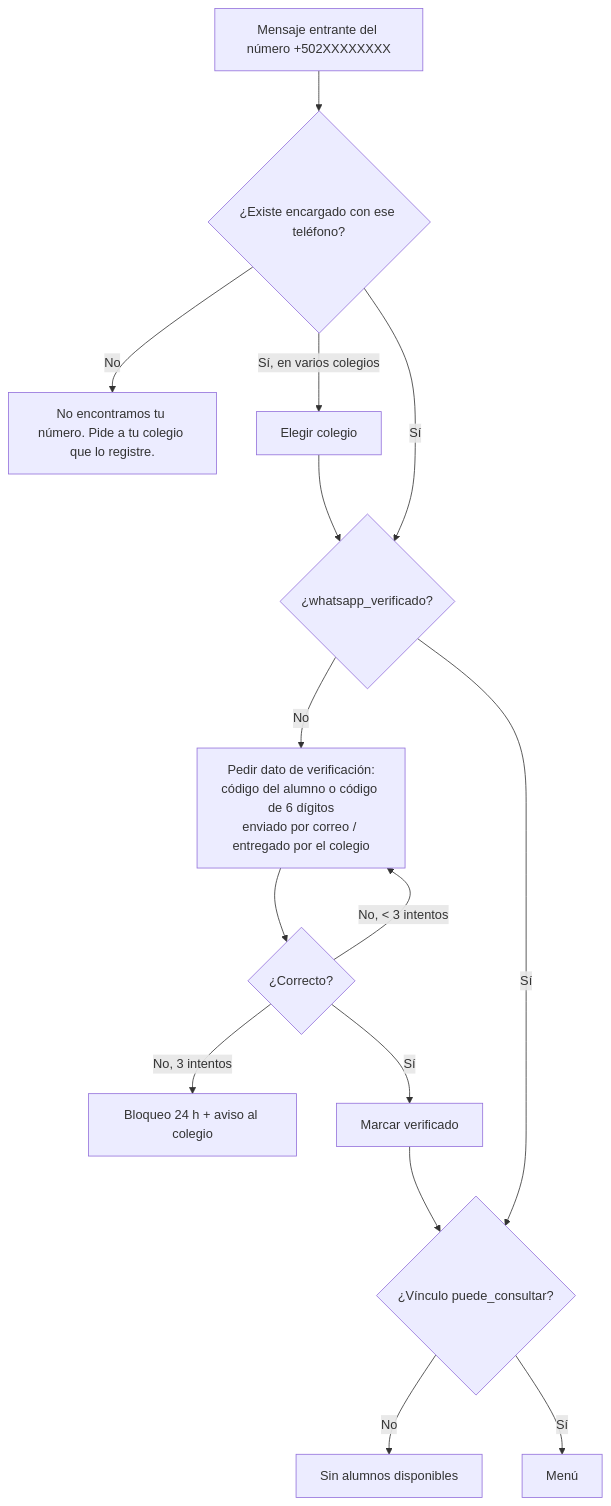
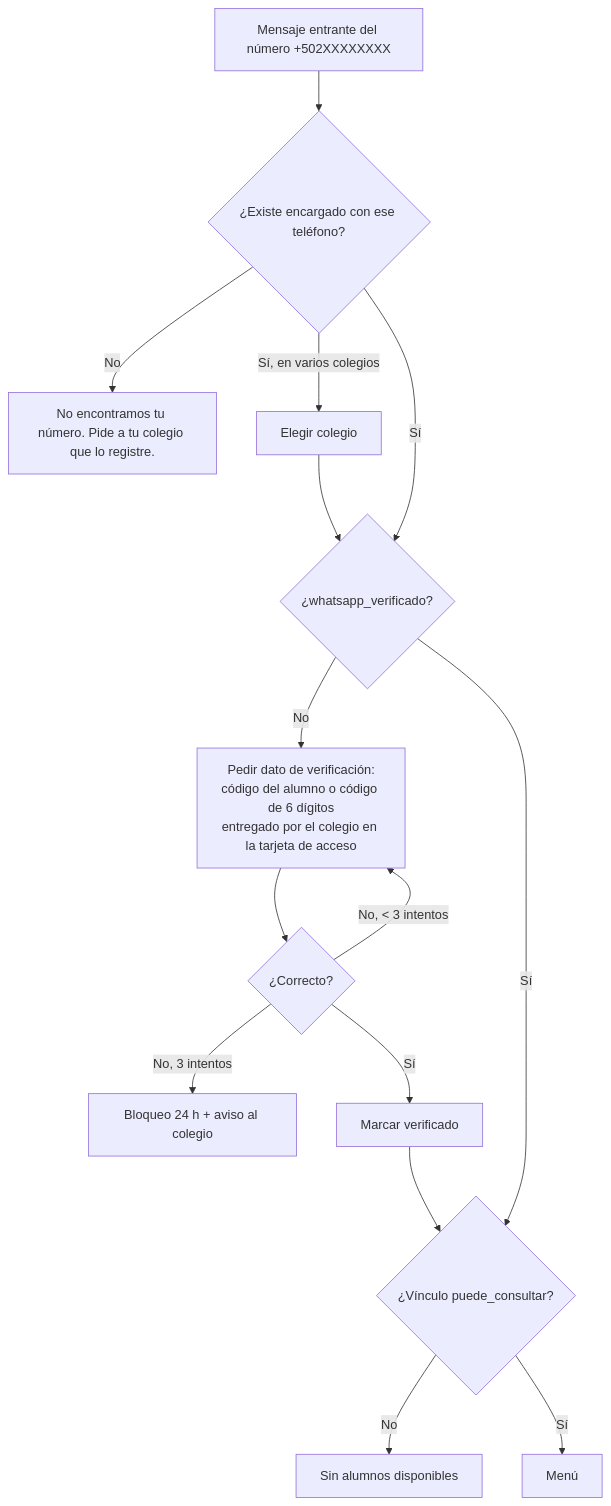
Before and after one commit to PabloReyes1/RexaEdu: the second of 2 diagrams in docs/08-integracion-whatsapp.md, drawn with Mermaid. The commit also changed 11 other files, not shown here.

````diff
--- a/docs/08-integracion-whatsapp.md
+++ b/docs/08-integracion-whatsapp.md
@@ -61,15 +61,15 @@
 ```mermaid
 flowchart TD
     A[Mensaje entrante del número +502XXXXXXXX] --> B{¿Existe encargado con ese teléfono?}
     B -- No --> B1["No encontramos tu número. Pide a tu colegio que lo registre."]
     B -- Sí, en varios colegios --> B2[Elegir colegio] --> C
     B -- Sí --> C{¿whatsapp_verificado?}
-    C -- No --> D[Pedir dato de verificación:<br/>código del alumno o código de 6 dígitos<br/>enviado por correo / entregado por el colegio]
+    C -- No --> D[Pedir dato de verificación:<br/>código del alumno o código de 6 dígitos<br/>entregado por el colegio en la tarjeta de acceso]
     D --> E{¿Correcto?}
     E -- No, < 3 intentos --> D
     E -- No, 3 intentos --> E1[Bloqueo 24 h + aviso al colegio]
     E -- Sí --> F[Marcar verificado] --> G
     C -- Sí --> G{¿Vínculo puede_consultar?}
     G -- No --> G1[Sin alumnos disponibles]
     G -- Sí --> H[Menú]
 ```
````
